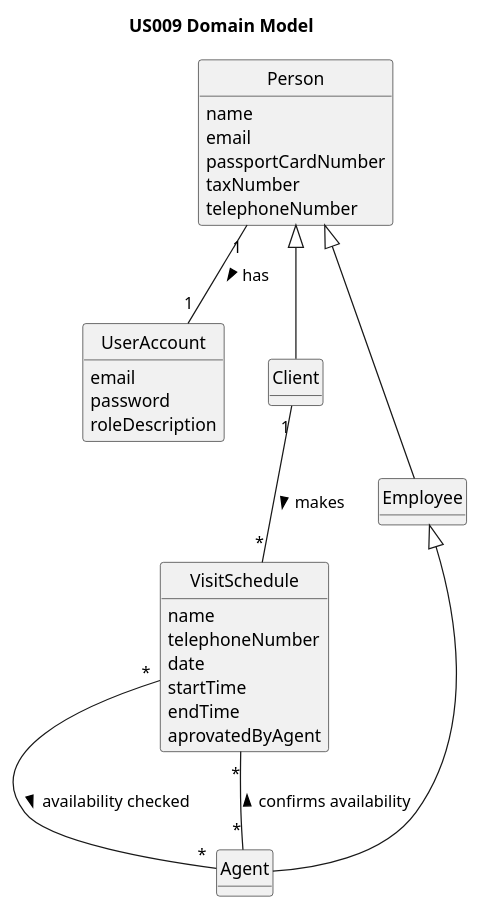
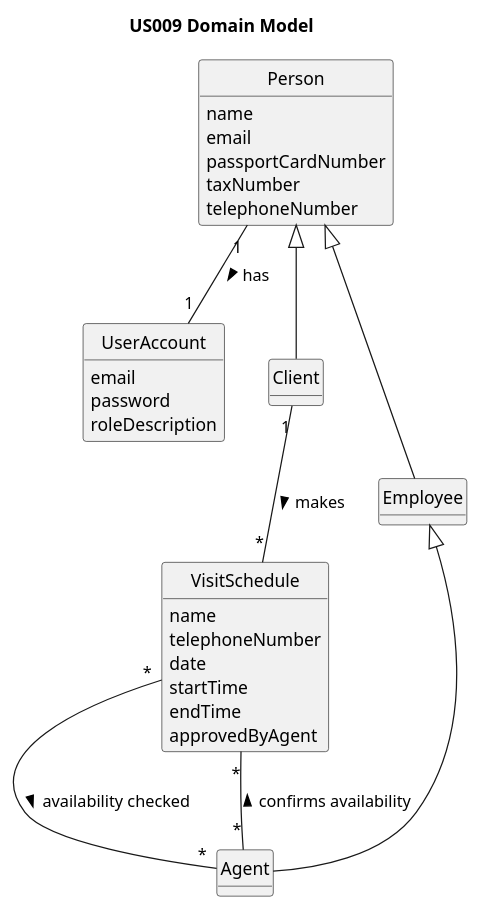
The diagram in docs/sprintC/us009/02.analysis/puml/us009-domain-model.puml (Goncalves2525/real-estate-management-system), drawn with PlantUML before and after one commit. The commit also changed 5 other files, not shown here.

```diff
--- a/docs/sprintC/us009/02.analysis/puml/us009-domain-model.puml
+++ b/docs/sprintC/us009/02.analysis/puml/us009-domain-model.puml
@@ -1,79 +1,79 @@
 @startuml
 skinparam monochrome true
 skinparam packageStyle rectangle
 skinparam shadowing false
 skinparam classAttributeIconSize 0
 hide circle
 hide methods
 
 title US009 Domain Model
 
 class UserAccount {
     email
     password
     roleDescription
 }
 
 class Person{
     name
     email
     passportCardNumber
     taxNumber
     telephoneNumber
 }
 
 class Client extends Person{
 }
 
 /'class Address{
     doorNumber
     zipCode
 }
 
 class City{
 }
 
 class District{
 }
 
 class State{
 }
 
 class Street{
 }'/
 
 class Employee extends Person{
 }
 
 class Agent extends Employee{
 }
 
 class VisitSchedule{
     name
     telephoneNumber
     date
     startTime
     endTime
-    aprovatedByAgent
+    approvedByAgent
 }
 
 Person "1" -- "1" UserAccount: has >
 Client "1" -- "*" VisitSchedule : makes >
 VisitSchedule "*" -- "*" Agent : availability checked >
 Agent "*" -- "*" VisitSchedule : confirms availability >
 
 
 
 
 
 /'Person "1" -- "*" Address: has >
 Street "*" -- "1" City : part of >
 District "*" -- "1" State : part of >
 City "*" -- "1" District : part of >
 Address "1" -- "1" State : has >'/
 
 
 
 
 
 @enduml
```
